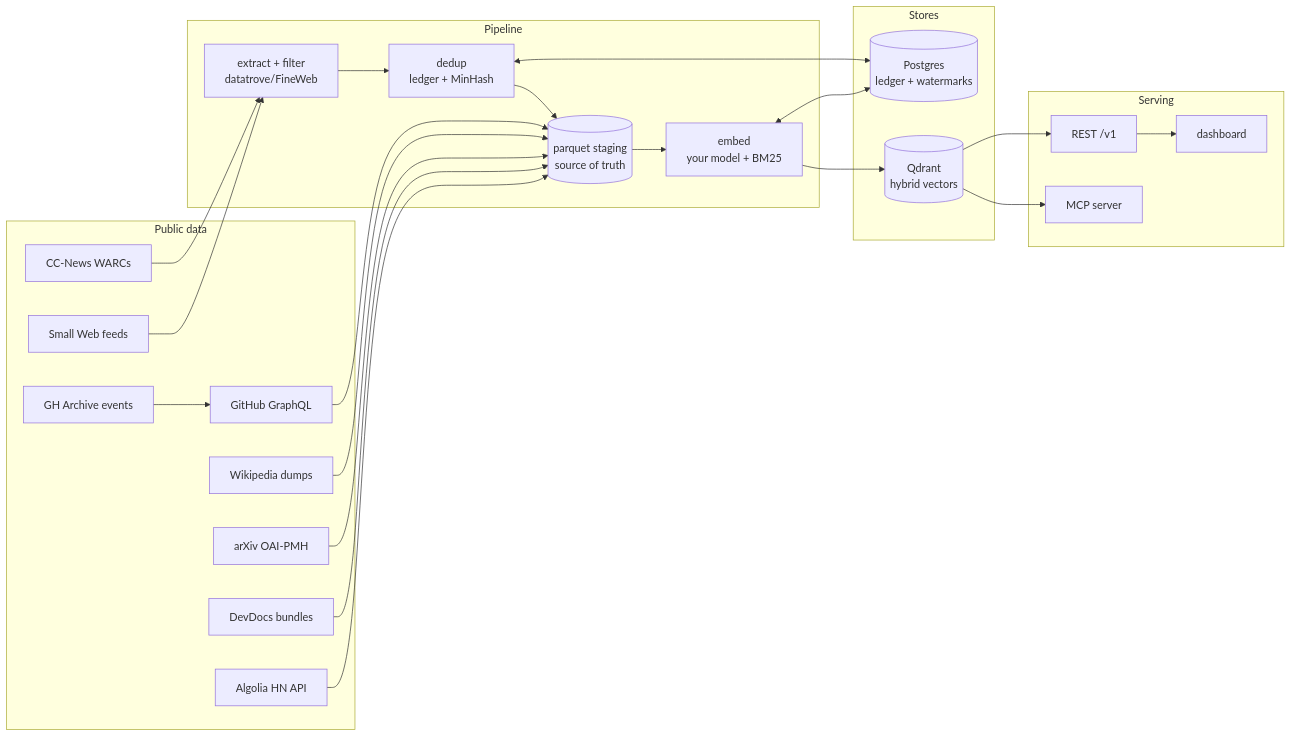
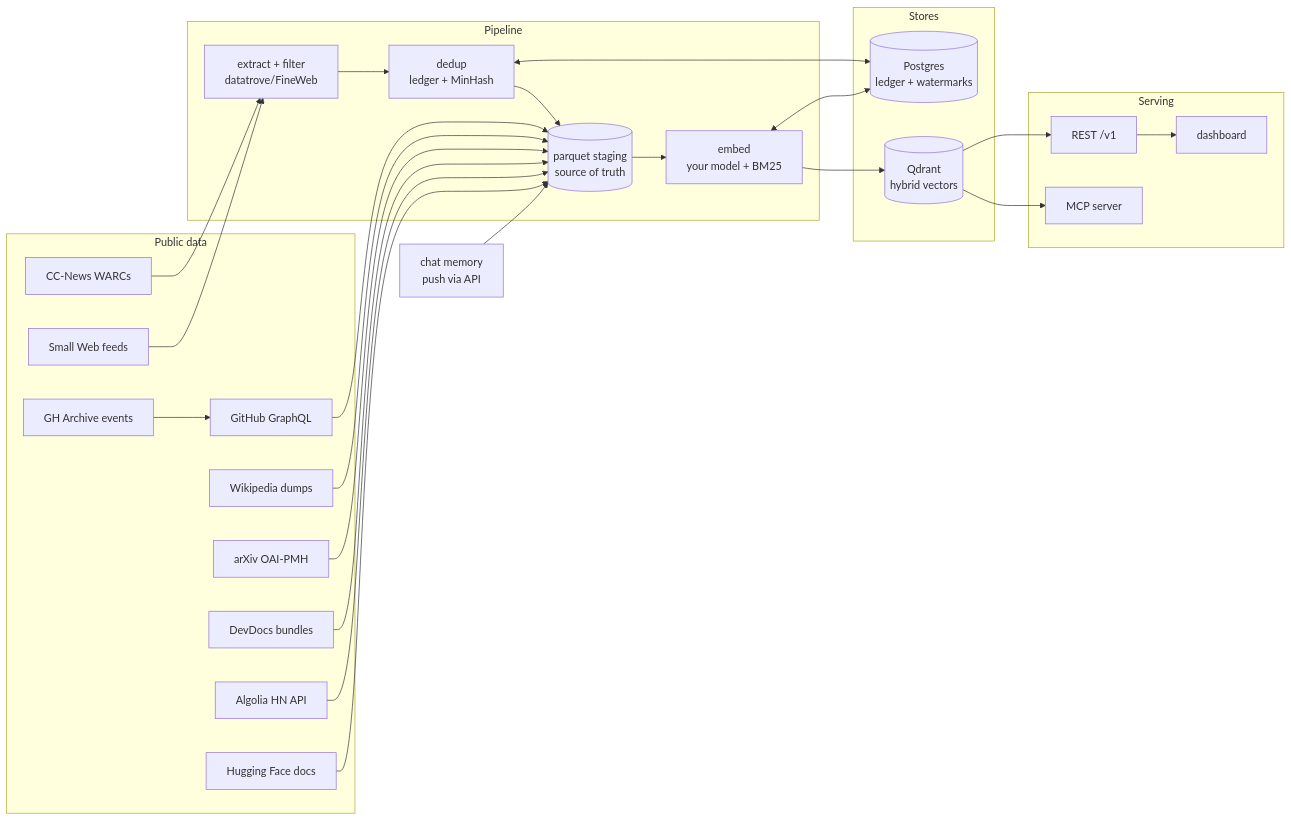
Before and after one commit to stevemurr/windex: the diagram in README.md, drawn with Mermaid. The commit also changed other lines of this file and 63 other files, not shown here.

````diff
--- a/README.md
+++ b/README.md
@@ -102,39 +111,43 @@
 ```mermaid
 flowchart LR
     subgraph sources [Public data]
         CC[CC-News WARCs]
         GHA[GH Archive events]
         GH[GitHub GraphQL]
         WK[Wikipedia dumps]
         AX[arXiv OAI-PMH]
         SW[Small Web feeds]
         DV[DevDocs bundles]
         HN[Algolia HN API]
+        HF[Hugging Face docs]
     end
+    MEM[chat memory<br/>push via API]
     subgraph pipeline [Pipeline]
         EX[extract + filter<br/>datatrove/FineWeb]
         DD[dedup<br/>ledger + MinHash]
         PQ[(parquet staging<br/>source of truth)]
         EM[embed<br/>your model + BM25]
     end
     subgraph stores [Stores]
         PG[(Postgres<br/>ledger + watermarks)]
         QD[(Qdrant<br/>hybrid vectors)]
     end
     subgraph serving [Serving]
         API[REST /v1]
         MCP[MCP server]
         DASH[dashboard]
     end
     CC --> EX --> DD --> PQ --> EM --> QD
     GHA --> GH --> PQ
     WK --> PQ
     AX --> PQ
     SW --> EX
     DV --> PQ
     HN --> PQ
+    HF --> PQ
+    MEM --> PQ
     DD <--> PG
     EM <--> PG
     QD --> API --> DASH
     QD --> MCP
 ```
````
